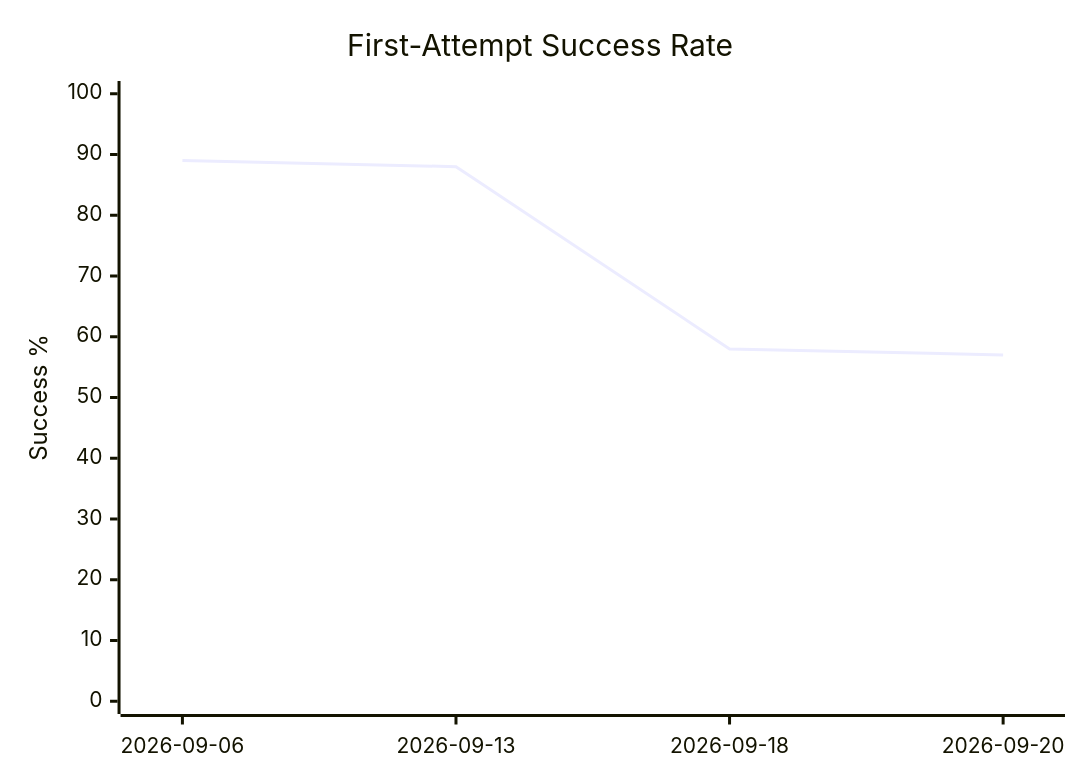
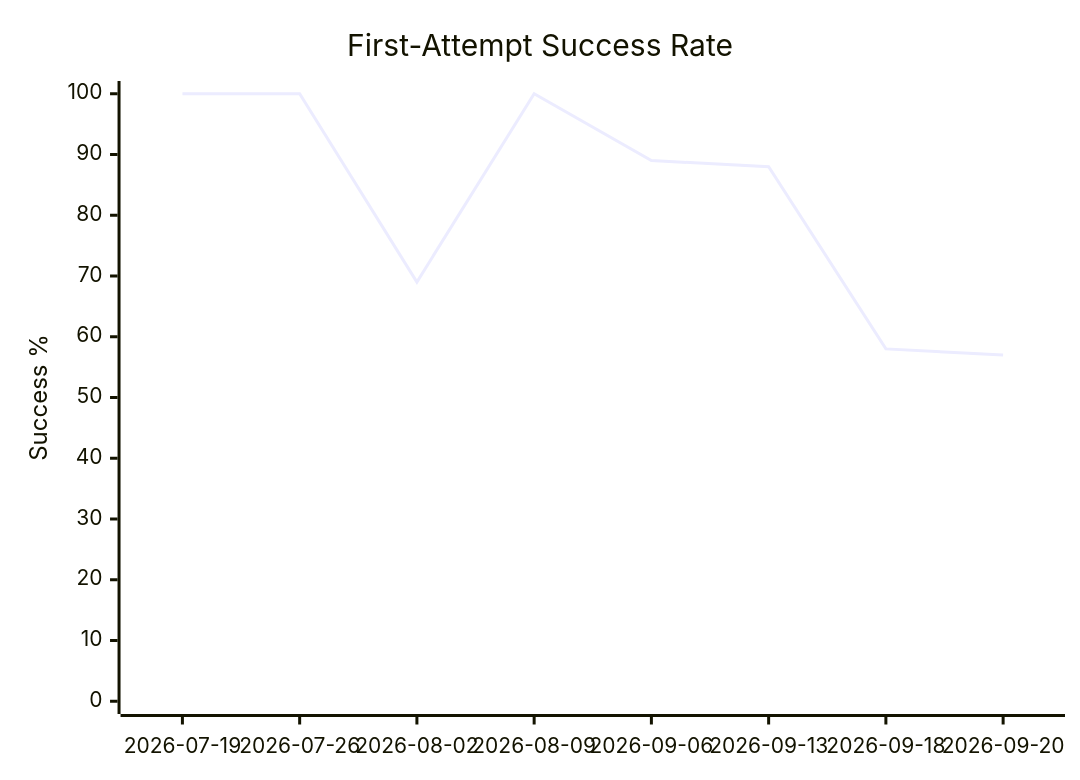
One commit to Sanctum-Origo-Systems/autoloop changed the first of 3 diagrams in EVAL.md. Above: the diagram before and after it, drawn with Mermaid. The commit also changed other lines of this file, not shown here.

````diff
--- a/EVAL.md
+++ b/EVAL.md
@@ -27,7 +31,7 @@
 ```mermaid
 xychart-beta
     title "First-Attempt Success Rate"
-    x-axis ["2026-09-06", "2026-09-13", "2026-09-18", "2026-09-20"]
+    x-axis ["2026-07-19", "2026-07-26", "2026-08-02", "2026-08-09", "2026-09-06", "2026-09-13", "2026-09-18", "2026-09-20"]
     y-axis "Success %" 0 --> 100
-    line [89, 88, 58, 57]
+    line [100, 100, 69, 100, 89, 88, 58, 57]
 ```
````
